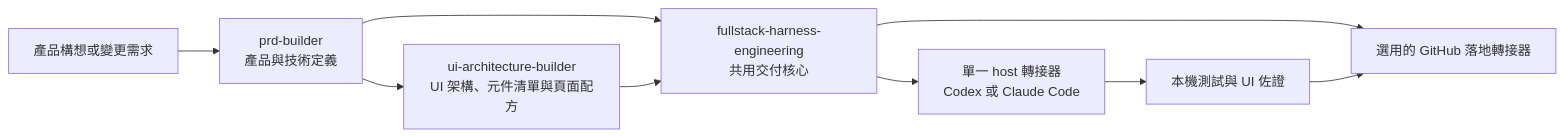
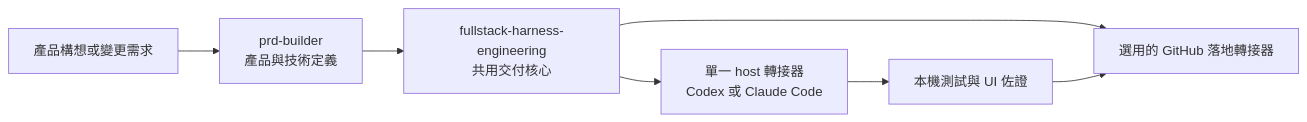
One commit to Phlegonlabs/product-delivery-harness changed the first of 2 diagrams in README.zh-TW.md. Above: the diagram before and after it, drawn with Mermaid. The commit also changed other lines of this file and 148 other files, not shown here.

First line of the commit message:
Fold the design system into prd-builder, close the correction loop, and make development the pushed branch (#40)

````diff
--- a/README.zh-TW.md
+++ b/README.zh-TW.md
@@ -67,11 +65,9 @@
 ```mermaid
 flowchart LR
   Idea["產品構想或變更需求"] --> PRD["prd-builder\n產品與技術定義"]
-  PRD --> Design["ui-architecture-builder\nUI 架構、元件清單與頁面配方"]
   PRD --> Harness["fullstack-harness-engineering\n共用交付核心"]
-  Design --> Harness
   Harness --> Runtime["單一 host 轉接器\nCodex 或 Claude Code"]
   Harness --> Landing["選用的 GitHub 落地轉接器"]
   Runtime --> Evidence["本機測試與 UI 佐證"]
   Evidence --> Landing
 ```
````
